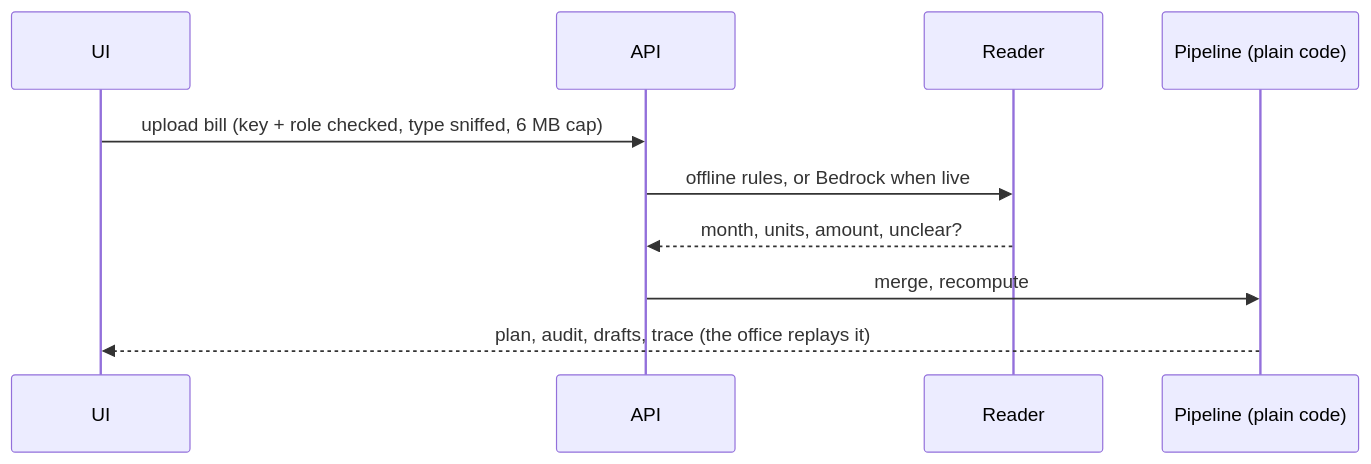
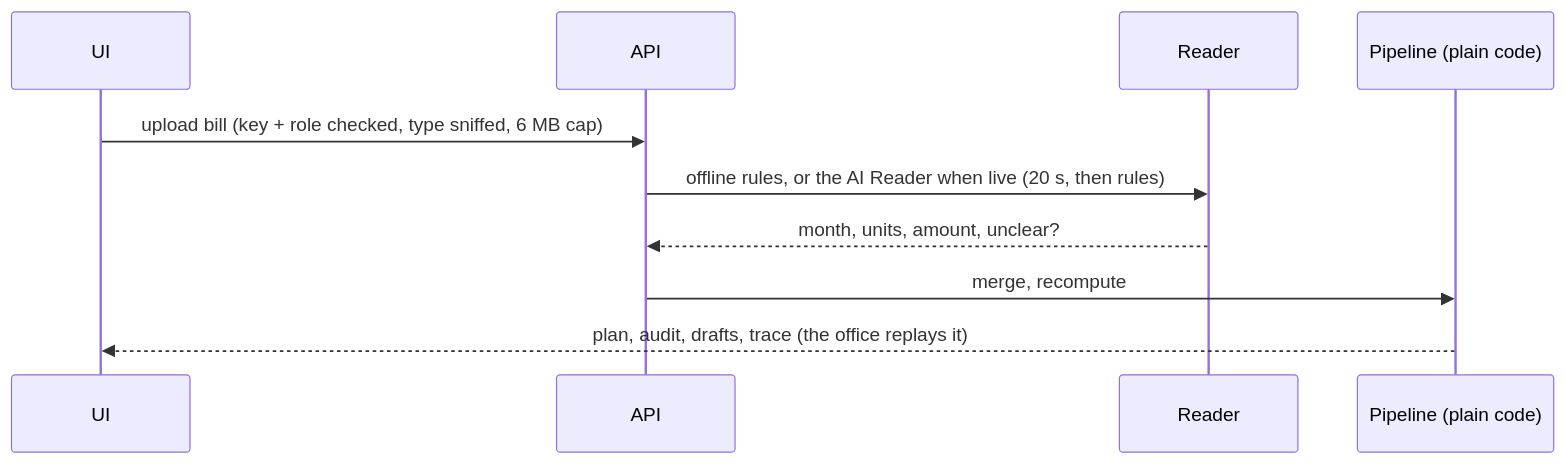
One commit to kh-bikash/solarsabha changed the fourth of 4 diagrams in README.md. Above: the diagram before and after it, drawn with Mermaid. The commit also changed other lines of this file and 29 other files, not shown here.

````diff
--- a/README.md
+++ b/README.md
@@ -122,12 +147,12 @@
 ```mermaid
 sequenceDiagram
   participant UI
   participant API
   participant RD as Reader
   participant PL as Pipeline (plain code)
   UI->>API: upload bill (key + role checked, type sniffed, 6 MB cap)
-  API->>RD: offline rules, or Bedrock when live
+  API->>RD: offline rules, or the AI Reader when live (20 s, then rules)
   RD-->>API: month, units, amount, unclear?
   API->>PL: merge, recompute
   PL-->>UI: plan, audit, drafts, trace (the office replays it)
 ```
````
